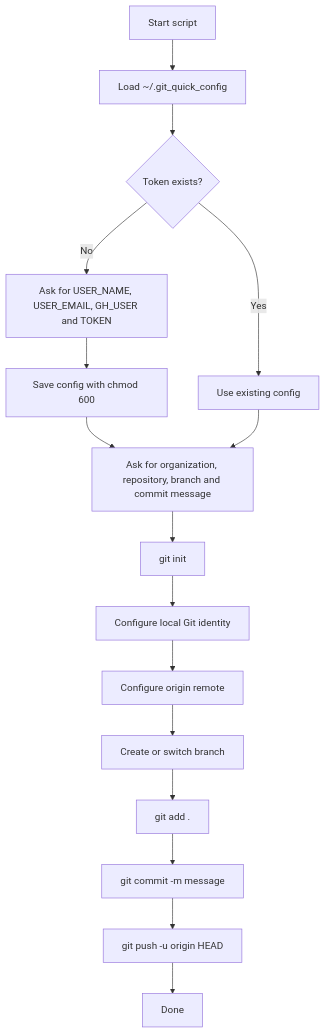
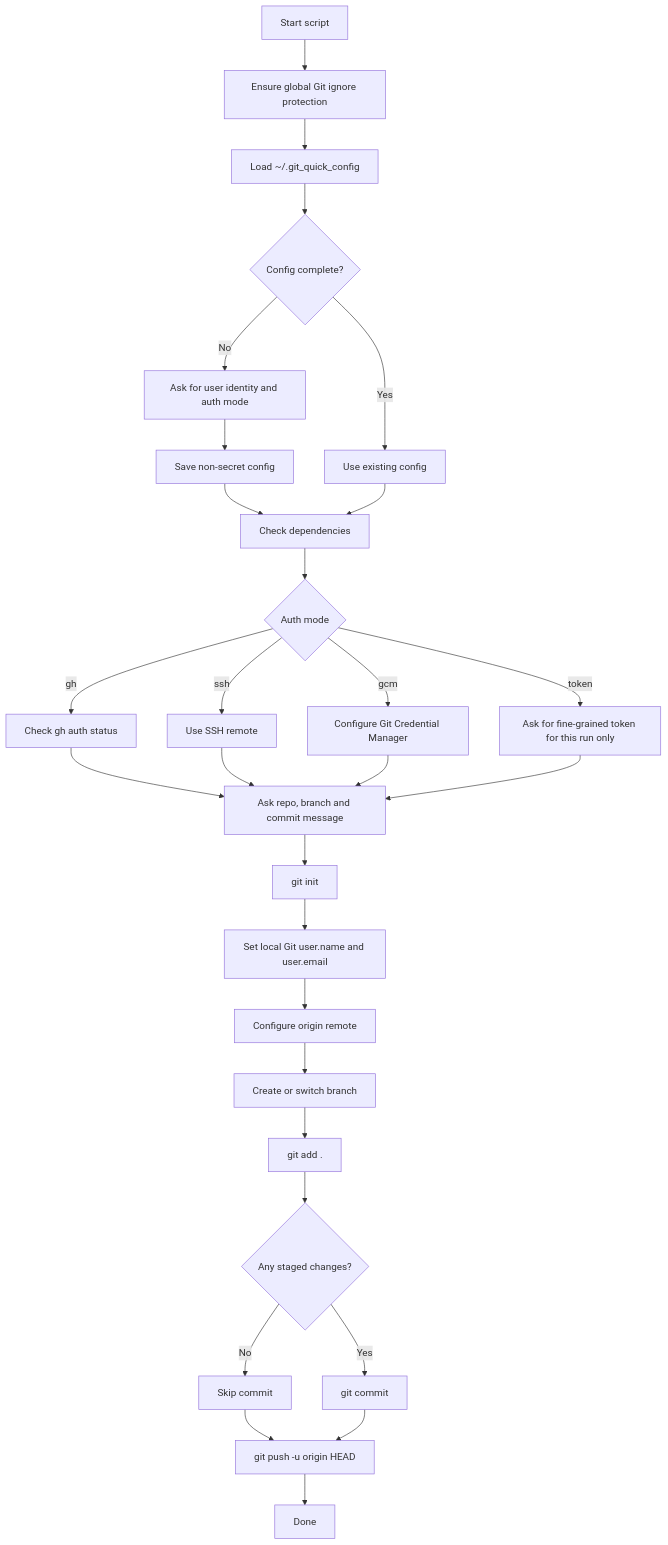
One commit to esteban-armas/git-quick changed the first of 6 diagrams in README.md. Above: the diagram before and after it, drawn with Mermaid. The commit also changed other lines of this file, not shown here.

````diff
--- a/README.md
+++ b/README.md
@@ -277,18 +401,31 @@
 ```mermaid
 flowchart TD
-    A[Start script] --> B[Load ~/.git_quick_config]
-    B --> C{Token exists?}
-    C -- No --> D[Ask for USER_NAME, USER_EMAIL, GH_USER and TOKEN]
-    D --> E[Save config with chmod 600]
-    C -- Yes --> F[Use existing config]
-    E --> G[Ask for organization, repository, branch and commit message]
-    F --> G
-    G --> H[git init]
-    H --> I[Configure local Git identity]
-    I --> J[Configure origin remote]
-    J --> K[Create or switch branch]
-    K --> L[git add .]
-    L --> M[git commit -m message]
-    M --> N[git push -u origin HEAD]
-    N --> O[Done]
+    A[Start script] --> B[Ensure global Git ignore protection]
+    B --> C[Load ~/.git_quick_config]
+    C --> D{Config complete?}
+    D -- "No" --> E[Ask for user identity and auth mode]
+    E --> F[Save non-secret config]
+    D -- "Yes" --> G[Use existing config]
+    F --> H[Check dependencies]
+    G --> H
+    H --> I{Auth mode}
+    I -- "gh" --> J[Check gh auth status]
+    I -- "ssh" --> K[Use SSH remote]
+    I -- "gcm" --> L[Configure Git Credential Manager]
+    I -- "token" --> M[Ask for fine-grained token for this run only]
+    J --> N[Ask repo, branch and commit message]
+    K --> N
+    L --> N
+    M --> N
+    N --> O[git init]
+    O --> P[Set local Git user.name and user.email]
+    P --> Q[Configure origin remote]
+    Q --> R[Create or switch branch]
+    R --> S[git add .]
+    S --> T{Any staged changes?}
+    T -- "No" --> U[Skip commit]
+    T -- "Yes" --> V[git commit]
+    U --> W[git push -u origin HEAD]
+    V --> W
+    W --> X[Done]
 ```
````
